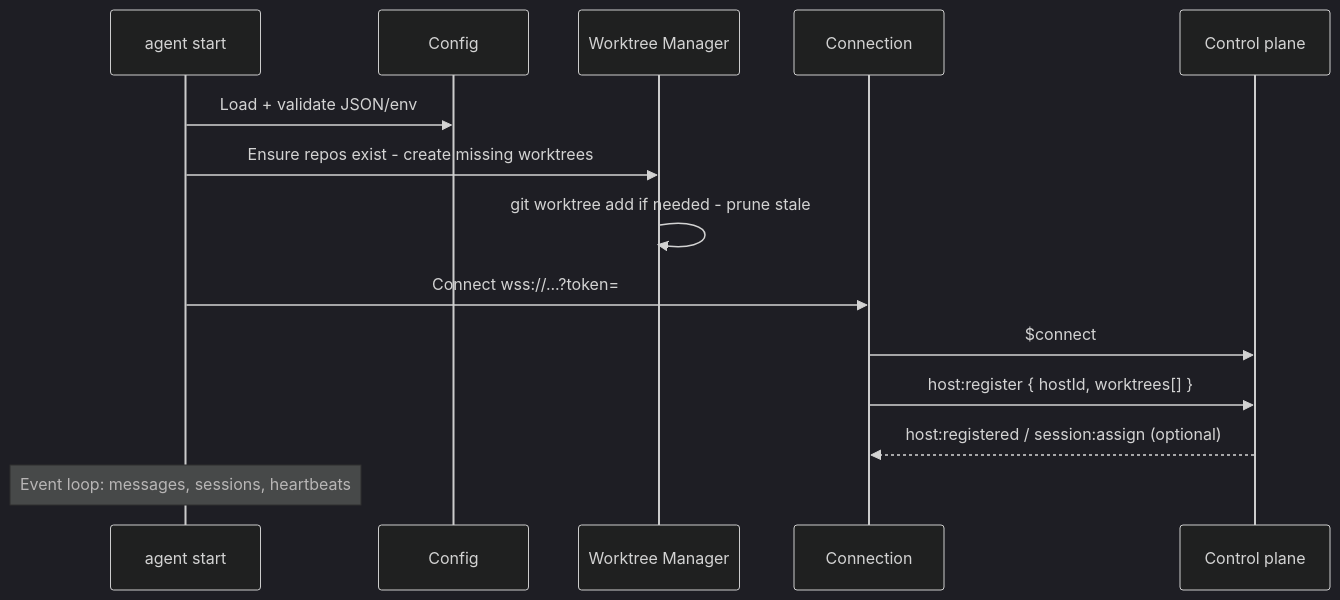
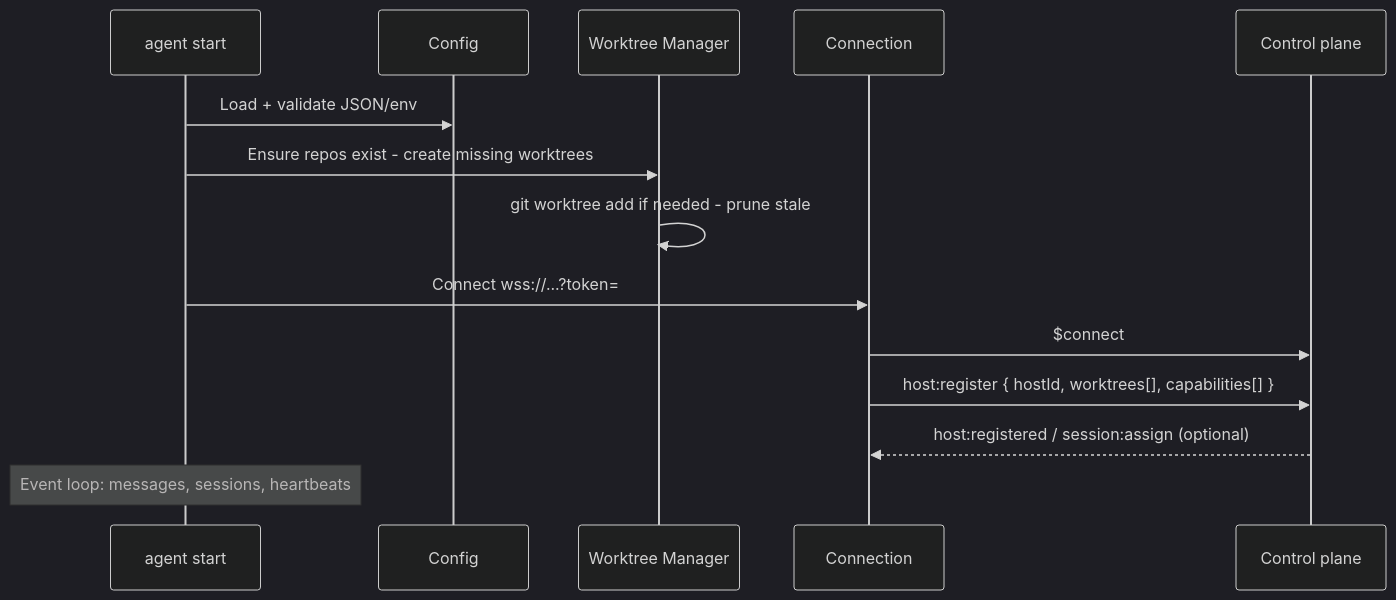
One commit to jonathanong/auto-harness changed the second of 5 diagrams in docs/host-daemon.md. Above: the diagram before and after it, drawn with Mermaid (dark theme). The commit also changed other lines of this file and 51 other files, not shown here.

````diff
--- a/docs/host-daemon.md
+++ b/docs/host-daemon.md
@@ -95,17 +95,17 @@
 ```mermaid
 sequenceDiagram
     participant Main as agent start
     participant Cfg as Config
     participant WTM as Worktree Manager
     participant Conn as Connection
     participant AWS as Control plane
 
     Main->>Cfg: Load + validate JSON/env
     Main->>WTM: Ensure repos exist - create missing worktrees
     WTM->>WTM: git worktree add if needed - prune stale
     Main->>Conn: Connect wss://...?token=
     Conn->>AWS: $connect
-    Conn->>AWS: host:register { hostId, worktrees[] }
+    Conn->>AWS: host:register { hostId, worktrees[], capabilities[] }
     AWS-->>Conn: host:registered / session:assign (optional)
     Note over Main: Event loop: messages, sessions, heartbeats
 ```
````
